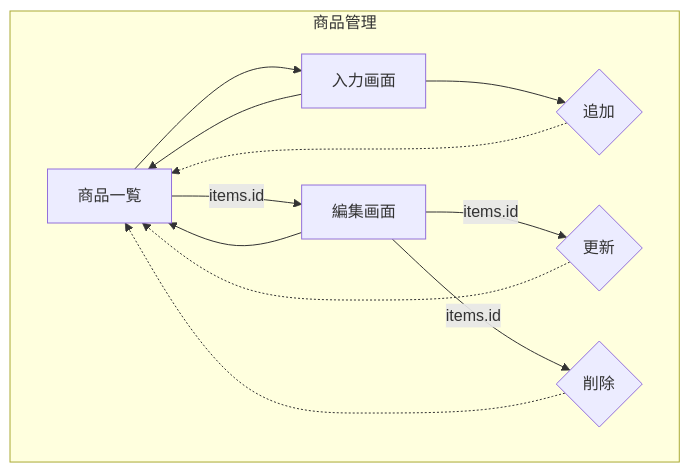
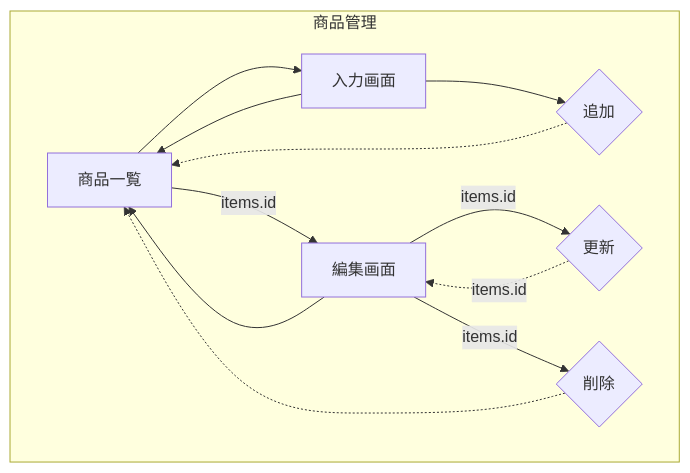
Before and after one commit to yse-yoo/my_shop_2024_ig21: the diagram in doc/item_flow.md, drawn with Mermaid. The commit also changed 1 other file, not shown here.

````diff
--- a/doc/item_flow.md
+++ b/doc/item_flow.md
@@ -1,17 +1,17 @@
 ```mermaid
 flowchart TD
 
 list[商品一覧]
 input[入力画面]
 edit[編集画面]
 
 subgraph 商品管理
 
 list-->input-->add{追加}-.->list
-list-->|items.id|edit-->|items.id|update{更新}-.->list
+list-->|items.id|edit-->|items.id|update{更新}-.->|items.id|edit
 edit-->|items.id|delete{削除}-.->list
 input-->list
 edit-->list
 
 end
 ```
````
